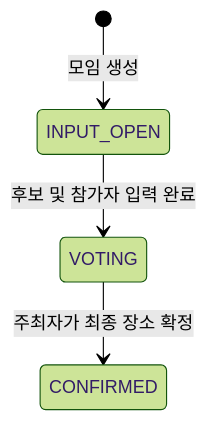
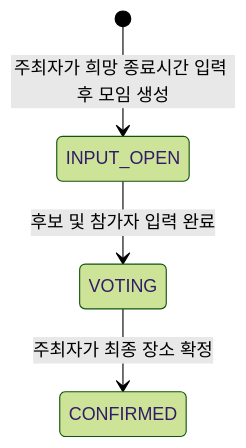
One commit to nembutal-sw/meetback changed the first of 4 diagrams in README.md. Above: the diagram before and after it, drawn with Mermaid (forest theme). The commit also changed other lines of this file, not shown here.

Commit message:
docs: 모임 생성 희망 종료시간 안내 추가

````diff
--- a/README.md
+++ b/README.md
@@ -29,6 +29,6 @@
 ```mermaid
 stateDiagram-v2
-    [*] --> INPUT_OPEN: 모임 생성
+    [*] --> INPUT_OPEN: 주최자가 희망 종료시간 입력 후 모임 생성
     INPUT_OPEN --> VOTING: 후보 및 참가자 입력 완료
     VOTING --> CONFIRMED: 주최자가 최종 장소 확정
 ```
````
